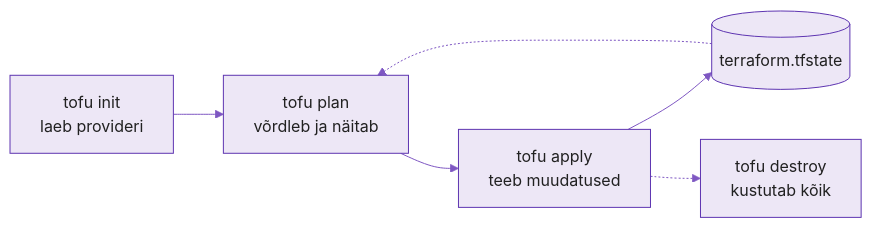
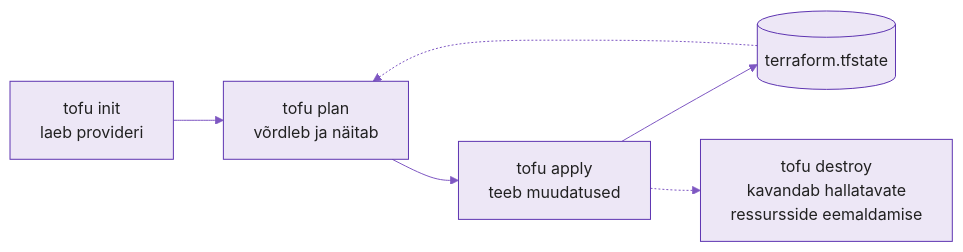
The diagram in docs/week10/lecture.md (hkhk-automation/devops), drawn with Mermaid before and after one commit. The commit also changed other lines of this file and 1 other file, not shown here.

Commit message:
N10: plaani lugemine ja rakendamine eraldi, destroy plaan enne kinnitust, sensitive ei ole krüpteerimine, tfplan Giti tabelis, laborieeldused (IP, mälu) märgitud, lisaülesande B eeltingimused ja sõlmenimi, logide loend ja git status enne commit'i, Spacelift ühe võimalusena

````diff
--- a/docs/week10/lecture.md
+++ b/docs/week10/lecture.md
@@ -175,9 +175,9 @@
 ```mermaid
 %%{init: {'theme':'base','themeVariables':{'primaryColor':'#ede7f6','primaryBorderColor':'#5e35b1','primaryTextColor':'#212121','lineColor':'#7e57c2'}}}%%
 graph LR
     I["tofu init<br/>laeb provideri"] --> P["tofu plan<br/>võrdleb ja näitab"]
     P --> A["tofu apply<br/>teeb muudatused"]
     A --> S[("terraform.tfstate")]
     S -.-> P
-    A -.-> D["tofu destroy<br/>kustutab kõik"]
+    A -.-> D["tofu destroy<br/>kavandab hallatavate<br/>ressursside eemaldamise"]
 ```
````
